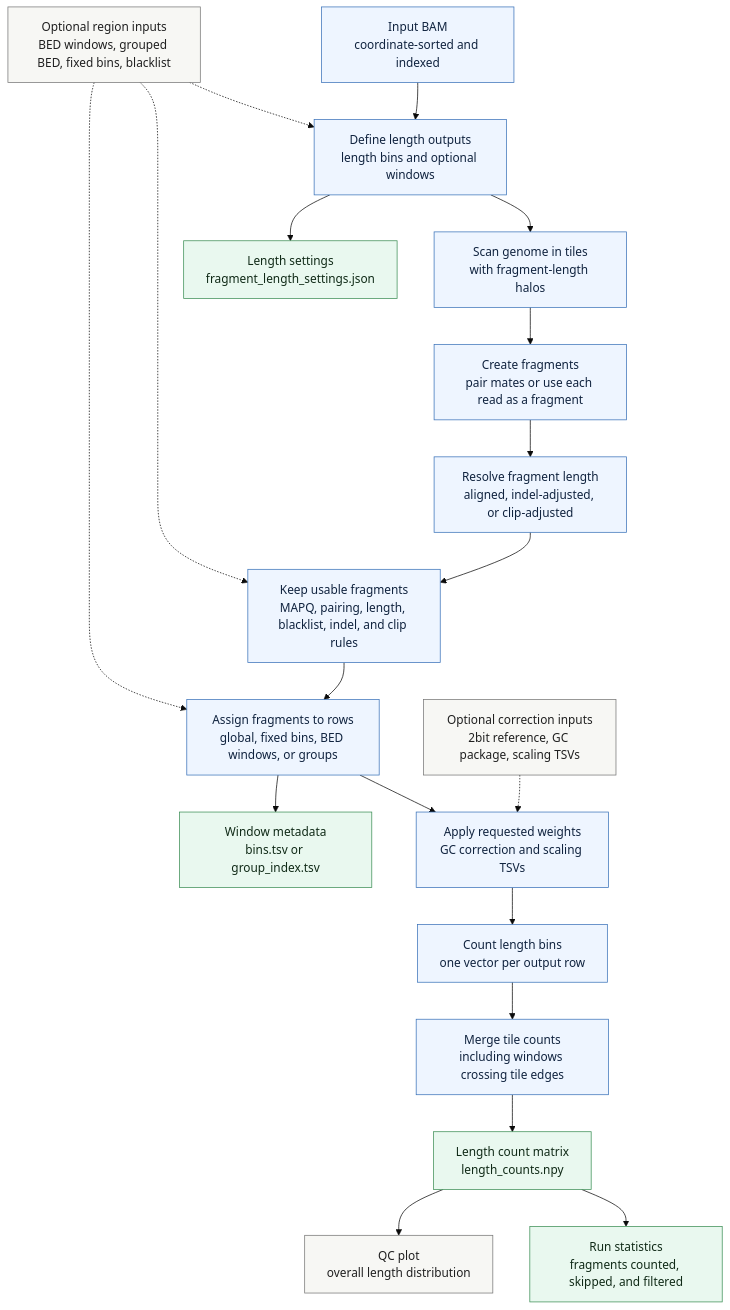
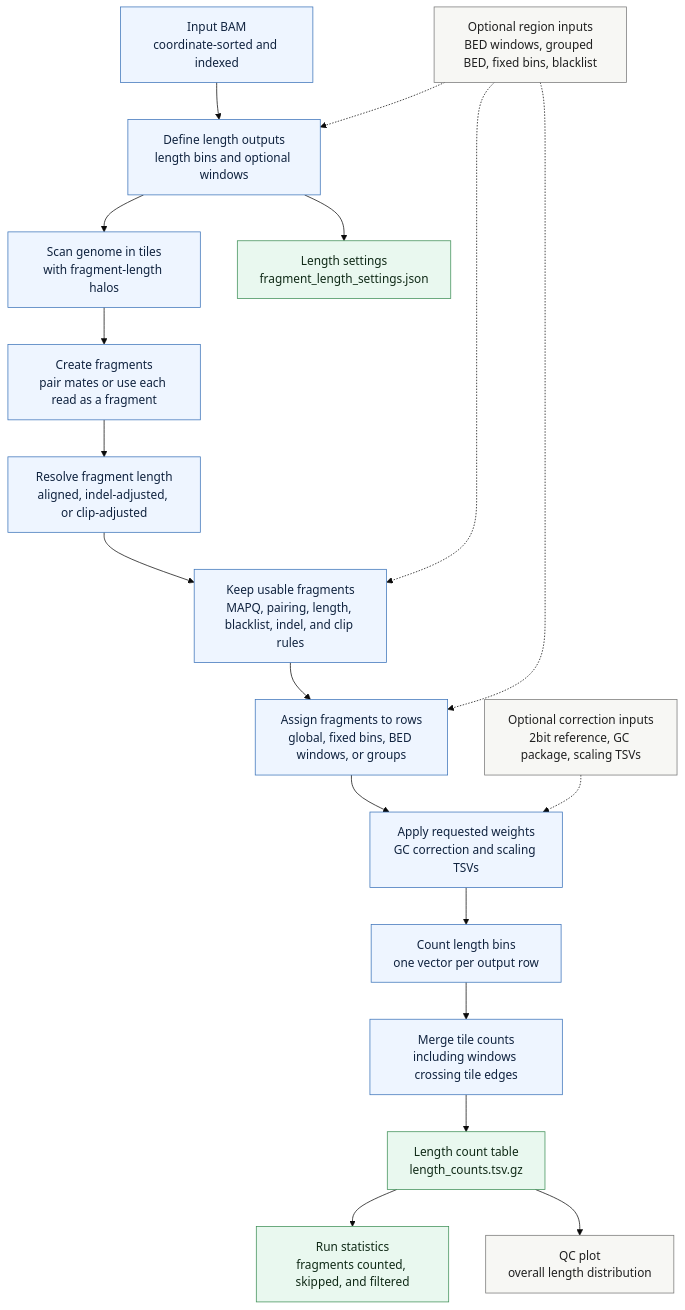
The diagram in .AI/docs/command_pipelines/lengths.md (BesenbacherLab/cfDNAlab), drawn with Mermaid (base theme) before and after one commit. The commit also changed other lines of this file and 16 other files, not shown here.

Commit message:
lengths command writes wide tsv instead of npy for easier downstream use

````diff
--- a/.AI/docs/command_pipelines/lengths.md
+++ b/.AI/docs/command_pipelines/lengths.md
@@ -7,39 +7,37 @@
 ```mermaid
 flowchart TD
     input["Input BAM<br/>coordinate-sorted and indexed"]
     setup["Define length outputs<br/>length bins and optional windows"]
     tiles["Scan genome in tiles<br/>with fragment-length halos"]
     fragments["Create fragments<br/>pair mates or use each read as a fragment"]
     length_model["Resolve fragment length<br/>aligned, indel-adjusted, or clip-adjusted"]
     filters["Keep usable fragments<br/>MAPQ, pairing, length, blacklist, indel, and clip rules"]
     rows["Assign fragments to rows<br/>global, fixed bins, BED windows, or groups"]
     weights["Apply requested weights<br/>GC correction and scaling TSVs"]
     count["Count length bins<br/>one vector per output row"]
     merge["Merge tile counts<br/>including windows crossing tile edges"]
-    matrix["Length count matrix<br/>length_counts.npy"]
+    table["Length count table<br/>length_counts.tsv.gz"]
     settings["Length settings<br/>fragment_length_settings.json"]
-    metadata["Window metadata<br/>bins.tsv or group_index.tsv"]
     plot["QC plot<br/>overall length distribution"]
     stats["Run statistics<br/>fragments counted, skipped, and filtered"]
 
     region_inputs["Optional region inputs<br/>BED windows, grouped BED, fixed bins, blacklist"]
     correction_inputs["Optional correction inputs<br/>2bit reference, GC package, scaling TSVs"]
 
-    input --> setup --> tiles --> fragments --> length_model --> filters --> rows --> weights --> count --> merge --> matrix --> stats
+    input --> setup --> tiles --> fragments --> length_model --> filters --> rows --> weights --> count --> merge --> table --> stats
     setup --> settings
-    rows --> metadata
-    matrix --> plot
+    table --> plot
 
     region_inputs -.-> setup
     region_inputs -.-> filters
     region_inputs -.-> rows
     correction_inputs -.-> weights
 
     classDef core fill:#eef5ff,stroke:#3b73b9,color:#10233f;
     classDef optional fill:#f7f7f4,stroke:#777,color:#202020;
     classDef outputClass fill:#e9f8ef,stroke:#3e8f57,color:#102a17;
 
     class input,setup,tiles,fragments,length_model,filters,rows,weights,count,merge core;
     class region_inputs,correction_inputs,plot optional;
-    class matrix,settings,metadata,stats outputClass;
+    class table,settings,stats outputClass;
 ```
````
